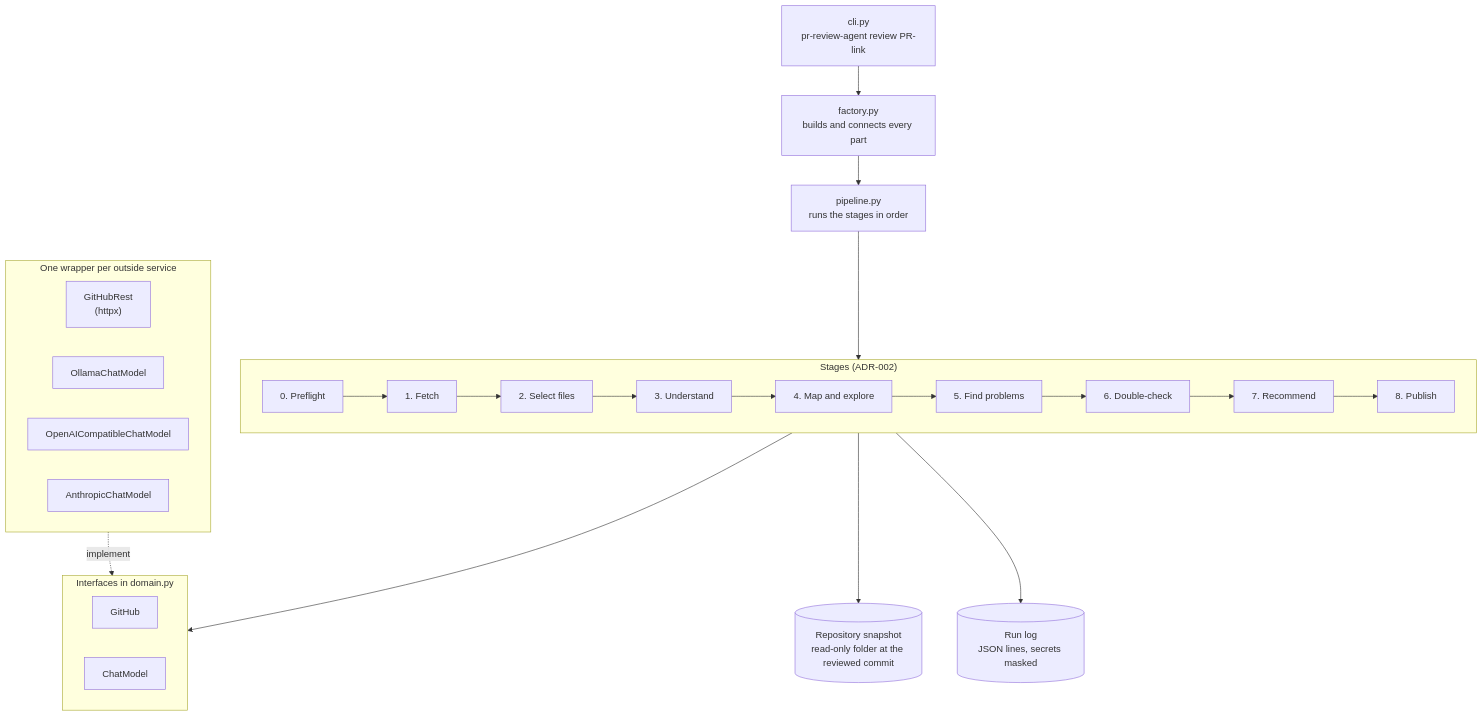
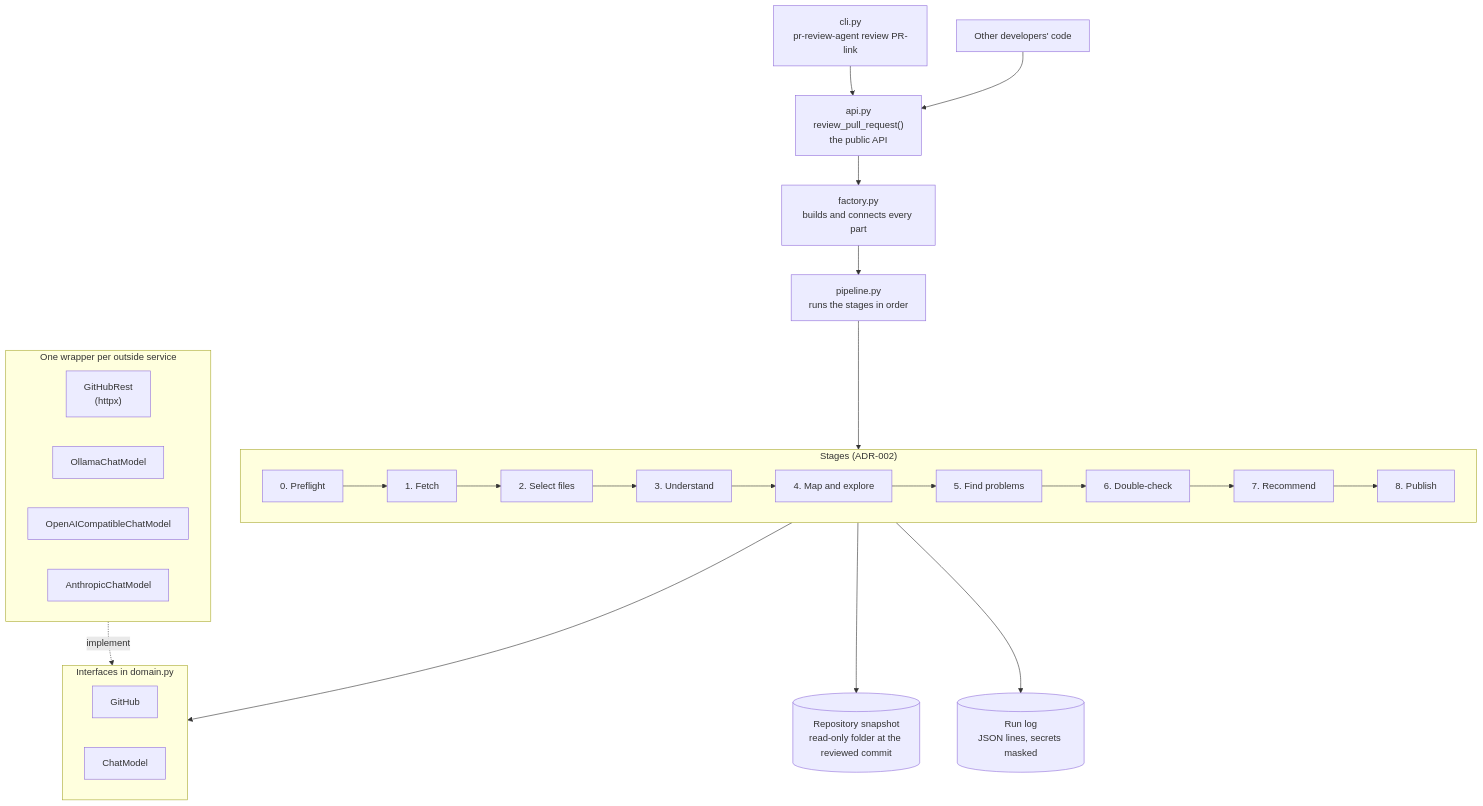
One commit to Vijay021212/pr-review-agent changed the first of 2 diagrams in docs/design.md. Above: the diagram before and after it, drawn with Mermaid. The commit also changed other lines of this file and 2 other files, not shown here.

First line of the commit message:
Change request: FR-24, usable as a Python library (#29)

````diff
--- a/docs/design.md
+++ b/docs/design.md
@@ -12,28 +12,30 @@
 ```mermaid
 flowchart TB
-    cli["cli.py<br/>pr-review-agent review PR-link"] --> factory["factory.py<br/>builds and connects every part"]
+    cli["cli.py<br/>pr-review-agent review PR-link"] --> api["api.py<br/>review_pull_request()<br/>the public API"]
+    developer["Other developers' code"] --> api
+    api --> factory["factory.py<br/>builds and connects every part"]
     factory --> pipeline["pipeline.py<br/>runs the stages in order"]
 
     subgraph stages ["Stages (ADR-002)"]
         direction LR
         s0["0. Preflight"] --> s1["1. Fetch"] --> s2["2. Select files"] --> s3["3. Understand"] --> s4["4. Map and explore"] --> s5["5. Find problems"] --> s6["6. Double-check"] --> s7["7. Recommend"] --> s8["8. Publish"]
     end
     pipeline --> stages
 
     subgraph ports ["Interfaces in domain.py"]
         github_port["GitHub"]
         model_port["ChatModel"]
     end
     stages --> ports
 
     subgraph adapters ["One wrapper per outside service"]
         github_rest["GitHubRest<br/>(httpx)"]
         ollama["OllamaChatModel"]
         openai["OpenAICompatibleChatModel"]
         anthropic["AnthropicChatModel"]
     end
     adapters -.->|implement| ports
 
     stages --> snapshot[("Repository snapshot<br/>read-only folder at the reviewed commit")]
     stages --> runlog[("Run log<br/>JSON lines, secrets masked")]
 ```
````
